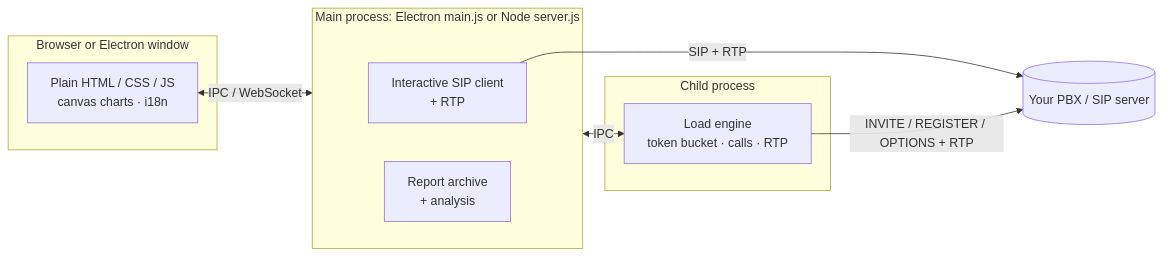
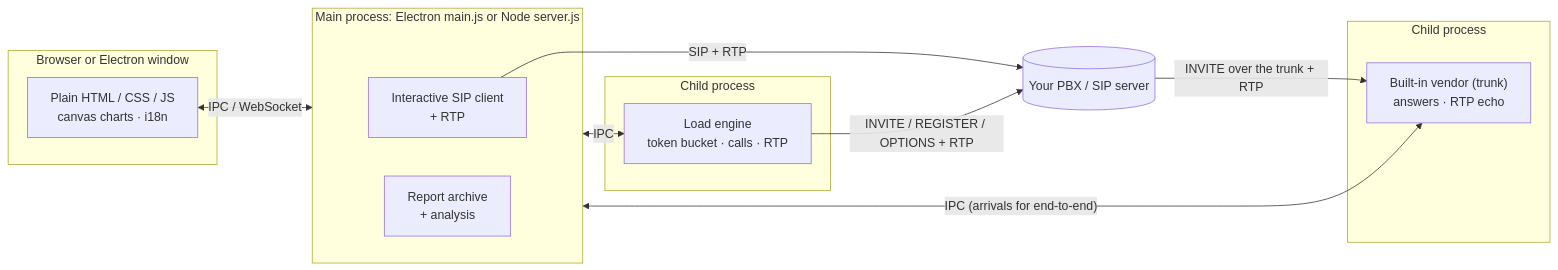
Before and after one commit to peritotr/sip-tester: the diagram in README.md, drawn with Mermaid. The commit also changed other lines of this file and 26 other files, not shown here.

First line of the commit message:
Built-in vendor trunk and end-to-end measurement through the PBX

````diff
--- a/README.md
+++ b/README.md
@@ -168,18 +218,23 @@
 ```mermaid
 flowchart LR
   subgraph UI["Browser or Electron window"]
     V["Plain HTML / CSS / JS<br/>canvas charts · i18n"]
   end
   subgraph Host["Main process: Electron main.js or Node server.js"]
     C["Interactive SIP client<br/>+ RTP"]
     R["Report archive<br/>+ analysis"]
   end
   subgraph W1["Child process"]
     L["Load engine<br/>token bucket · calls · RTP"]
   end
+  subgraph W2["Child process"]
+    M["Built-in vendor (trunk)<br/>answers · RTP echo"]
+  end
   P[("Your PBX / SIP server")]
   V <-- "IPC / WebSocket" --> Host
   Host <-- IPC --> L
+  Host <-- "IPC (arrivals for end-to-end)" --> M
   C -- "SIP + RTP" --> P
   L -- "INVITE / REGISTER / OPTIONS + RTP" --> P
+  P -- "INVITE over the trunk + RTP" --> M
 ```
````
